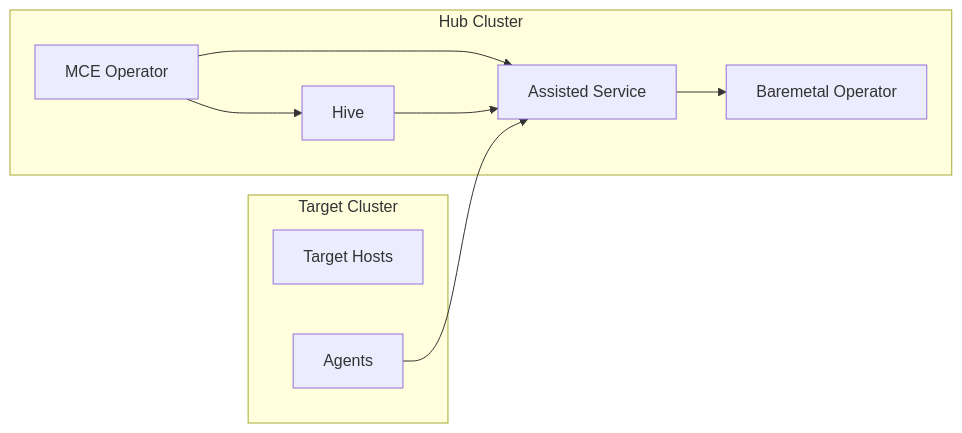
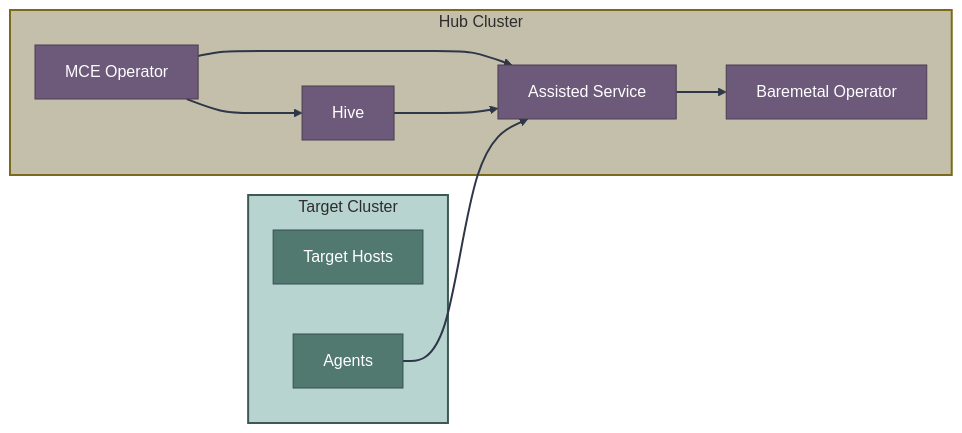
Before and after one commit to zszabo-rh/openshift-install-guide: the fifth of 8 diagrams in 03-assisted-installation/overview.md, drawn with Mermaid. The commit also changed other lines of this file and 16 other files, not shown here.

Commit message:
improved diagram style

````diff
--- a/03-assisted-installation/overview.md
+++ b/03-assisted-installation/overview.md
@@ -182,20 +221,32 @@
 ```mermaid
 graph LR
-    subgraph "Hub Cluster"
+    subgraph hub["Hub Cluster"]
         MCE[MCE Operator]
         HIVE[Hive]
         ASSISTED[Assisted Service]
         BMO[Baremetal Operator]
     end
     
-    subgraph "Target Cluster"
+    subgraph target["Target Cluster"]
         HOSTS[Target Hosts]
         AGENT[Agents]
     end
     
     MCE --> ASSISTED
     MCE --> HIVE
     HIVE --> ASSISTED
     ASSISTED --> BMO
     AGENT --> ASSISTED
+    
+    style MCE fill:#6d597a,stroke:#4a3f50,color:#fff
+    style HIVE fill:#6d597a,stroke:#4a3f50,color:#fff
+    style ASSISTED fill:#6d597a,stroke:#4a3f50,color:#fff
+    style BMO fill:#6d597a,stroke:#4a3f50,color:#fff
+    style HOSTS fill:#52796f,stroke:#354f52,color:#fff
+    style AGENT fill:#52796f,stroke:#354f52,color:#fff
+    
+    style hub fill:#c4bfaa,stroke:#7a6a1a,stroke-width:2px,color:#2d2d2d
+    style target fill:#b8d4d0,stroke:#3d5a52,stroke-width:2px,color:#2d2d2d
+    
+    linkStyle default stroke:#2d3748,stroke-width:2px
 ```
````
